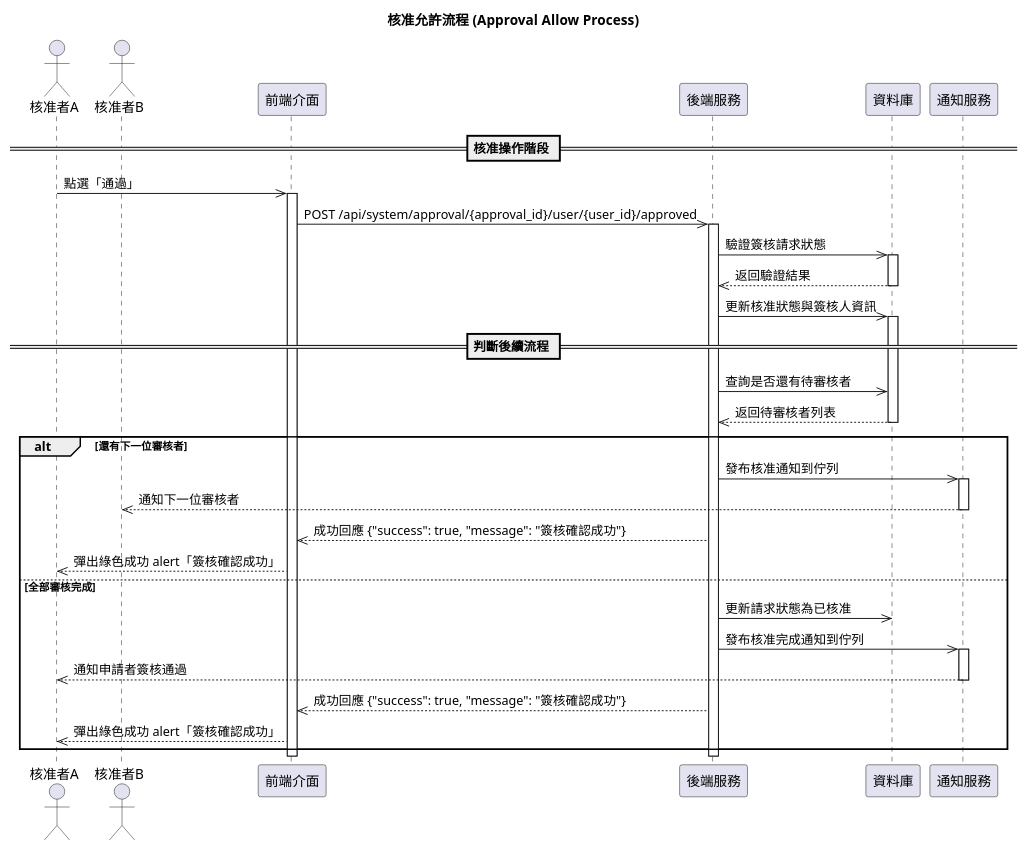
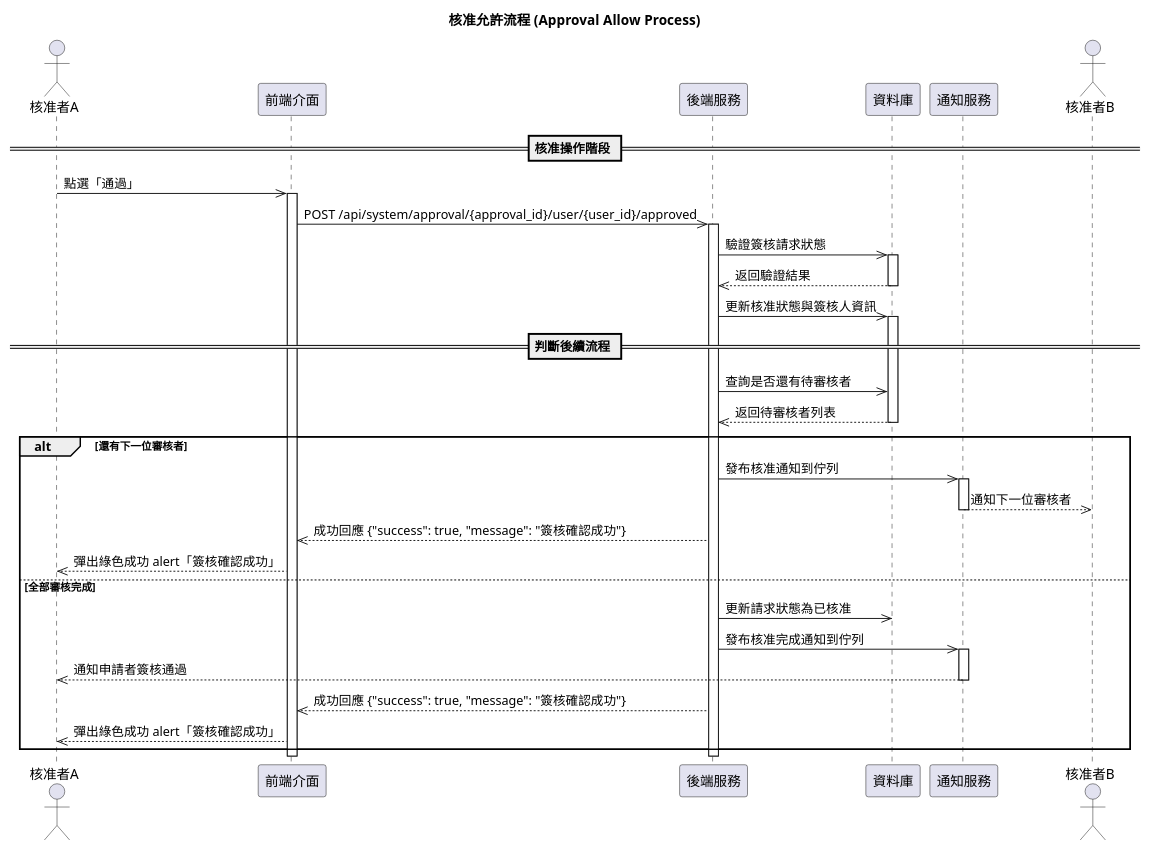
One commit to walle45611/NTUB_SecuManag_Diagram changed the diagram in plantUML/sequence/approval_allow.puml. Above: the diagram before and after it, drawn with PlantUML. The commit also changed other lines of this file, not shown here.

Commit message:
feat: 更新核准與拒絕流程圖，調整參與者與流程步驟以增強可讀性

```diff
--- a/plantUML/sequence/approval_allow.puml
+++ b/plantUML/sequence/approval_allow.puml
@@ -1,57 +1,57 @@
 @startuml
 
 title 核准允許流程 (Approval Allow Process)
 
 actor ReviewerA as "核准者A"
-actor ReviewerB as "核准者B"
 participant Frontend as "前端介面"
 participant Backend as "後端服務"
 participant Database as "資料庫"
 participant NotificationService as "通知服務"
+actor ReviewerB as "核准者B"
 
 == 核准操作階段 ==
 ReviewerA ->> Frontend: 點選「通過」
 activate Frontend
 
 Frontend ->> Backend: POST /api/system/approval/{approval_id}/user/{user_id}/approved
 activate Backend
 
 Backend ->> Database: 驗證簽核請求狀態
 activate Database
 Database -->> Backend: 返回驗證結果
 deactivate Database
 
 Backend ->> Database: 更新核准狀態與簽核人資訊
 activate Database
 
 == 判斷後續流程 ==
 Backend ->> Database: 查詢是否還有待審核者
 Database -->> Backend: 返回待審核者列表
 
 alt 還有下一位審核者
     deactivate Database
     Backend ->> NotificationService: 發布核准通知到佇列
     activate NotificationService
     NotificationService -->> ReviewerB: 通知下一位審核者
     deactivate NotificationService
 
     Backend -->> Frontend: 成功回應 {"success": true, "message": "簽核確認成功"}
     Frontend -->> ReviewerA: 彈出綠色成功 alert「簽核確認成功」
 
 else 全部審核完成
     Backend ->> Database: 更新請求狀態為已核准
     deactivate Database
 
     Backend ->> NotificationService: 發布核准完成通知到佇列
     activate NotificationService
     NotificationService -->> ReviewerA: 通知申請者簽核通過
     deactivate NotificationService
 
     Backend -->> Frontend: 成功回應 {"success": true, "message": "簽核確認成功"}
     Frontend -->> ReviewerA: 彈出綠色成功 alert「簽核確認成功」
 end
 
 deactivate Backend
 deactivate Frontend
 
 @enduml
```
